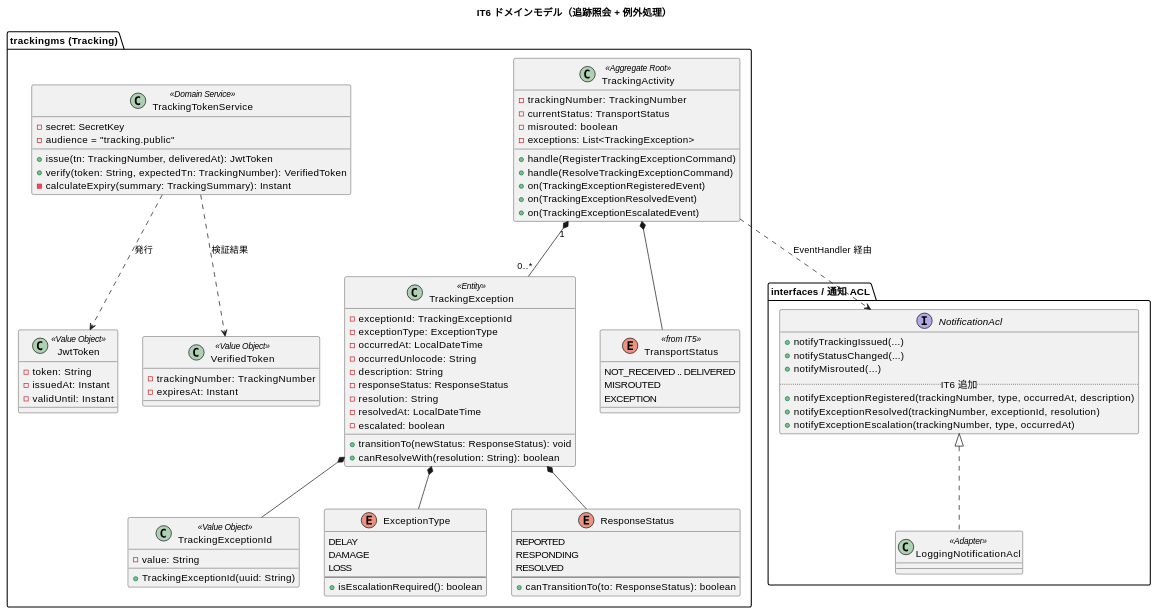
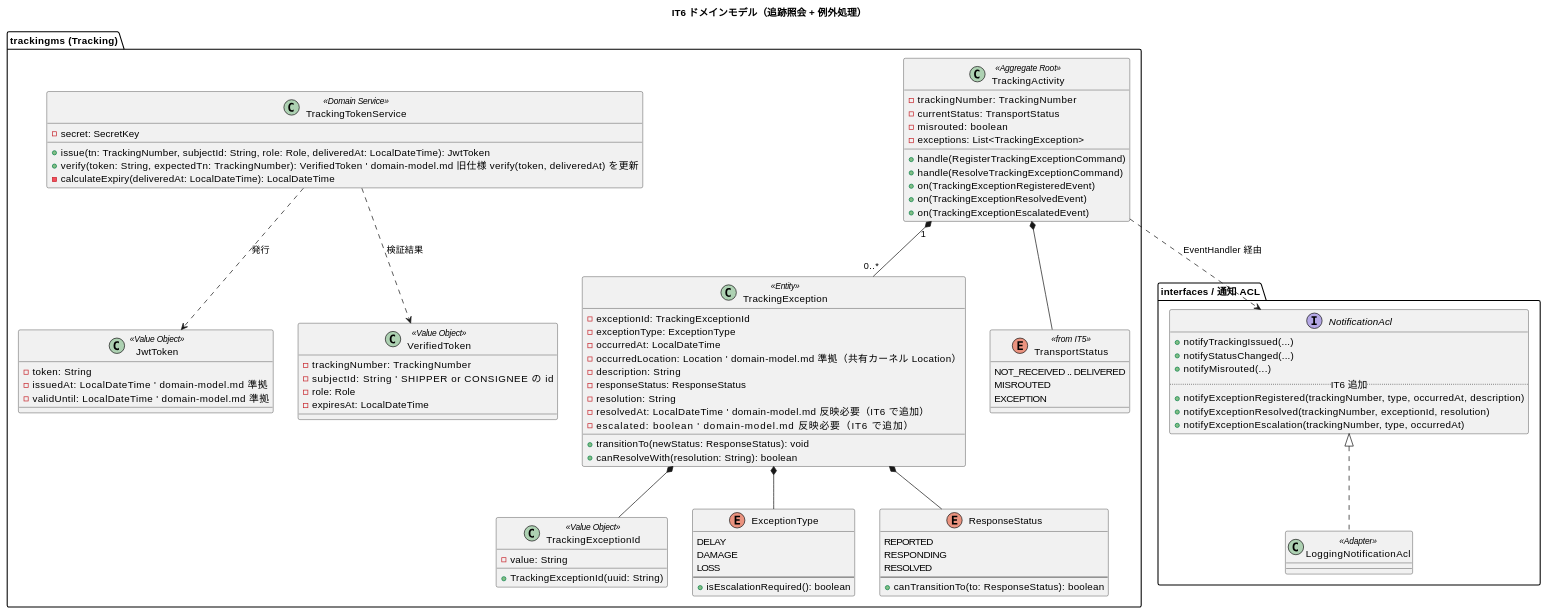
One commit to k2works/case-study-cargo-tracker changed the third of 11 diagrams in docs/development/iteration_plan-6.md. Above: the diagram before and after it, drawn with PlantUML. The commit also changed other lines of this file, not shown here.

First line of the commit message:
docs(plan): IT6 計画の 2 回目整合性検証修正（ui_design / domain-model / data-model 準拠）

```diff
--- a/docs/development/iteration_plan-6.md
+++ b/docs/development/iteration_plan-6.md
@@ -215,12 +217,12 @@
     - exceptionId: TrackingExceptionId
     - exceptionType: ExceptionType
     - occurredAt: LocalDateTime
-    - occurredUnlocode: String
+    - occurredLocation: Location   ' domain-model.md 準拠（共有カーネル Location）
     - description: String
     - responseStatus: ResponseStatus
     - resolution: String
-    - resolvedAt: LocalDateTime
-    - escalated: boolean
+    - resolvedAt: LocalDateTime     ' domain-model.md 反映必要（IT6 で追加）
+    - escalated: boolean             ' domain-model.md 反映必要（IT6 で追加）
     + transitionTo(newStatus: ResponseStatus): void
     + canResolveWith(resolution: String): boolean
   }
@@ -248,21 +250,22 @@
 
   class TrackingTokenService <<Domain Service>> {
     - secret: SecretKey
-    - audience = "tracking.public"
-    + issue(tn: TrackingNumber, deliveredAt): JwtToken
-    + verify(token: String, expectedTn: TrackingNumber): VerifiedToken
-    - calculateExpiry(summary: TrackingSummary): Instant
+    + issue(tn: TrackingNumber, subjectId: String, role: Role, deliveredAt: LocalDateTime): JwtToken
+    + verify(token: String, expectedTn: TrackingNumber): VerifiedToken  ' domain-model.md 旧仕様 verify(token, deliveredAt) を更新
+    - calculateExpiry(deliveredAt: LocalDateTime): LocalDateTime
   }
 
   class JwtToken <<Value Object>> {
     - token: String
-    - issuedAt: Instant
-    - validUntil: Instant
+    - issuedAt: LocalDateTime    ' domain-model.md 準拠
+    - validUntil: LocalDateTime   ' domain-model.md 準拠
   }
 
   class VerifiedToken <<Value Object>> {
     - trackingNumber: TrackingNumber
-    - expiresAt: Instant
+    - subjectId: String           ' SHIPPER or CONSIGNEE の id
+    - role: Role
+    - expiresAt: LocalDateTime
   }
 
   ' 既存（IT5）の TrackingActivity フィールドと TransportStatus 9 値・MISROUTED 救済（IT5 H5）
```
